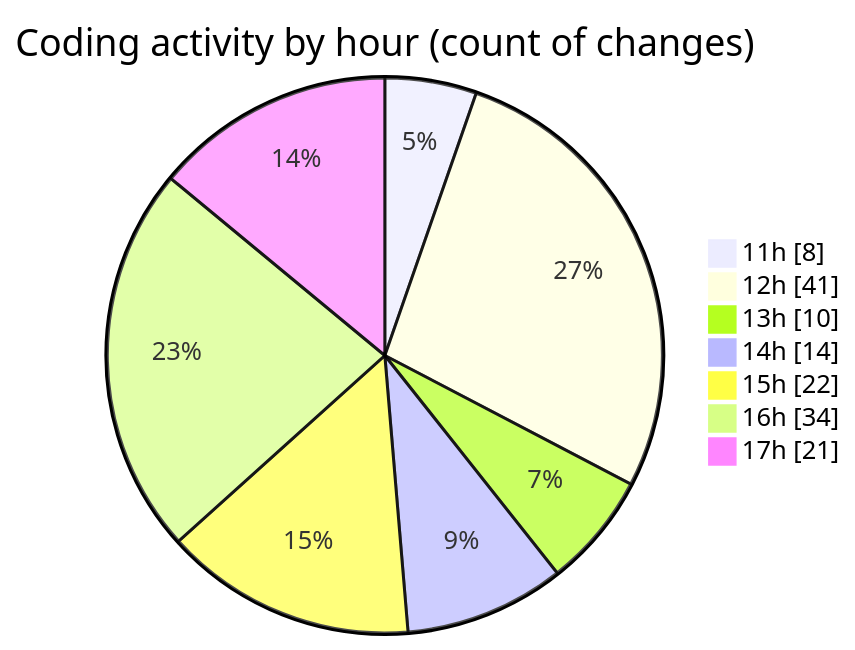
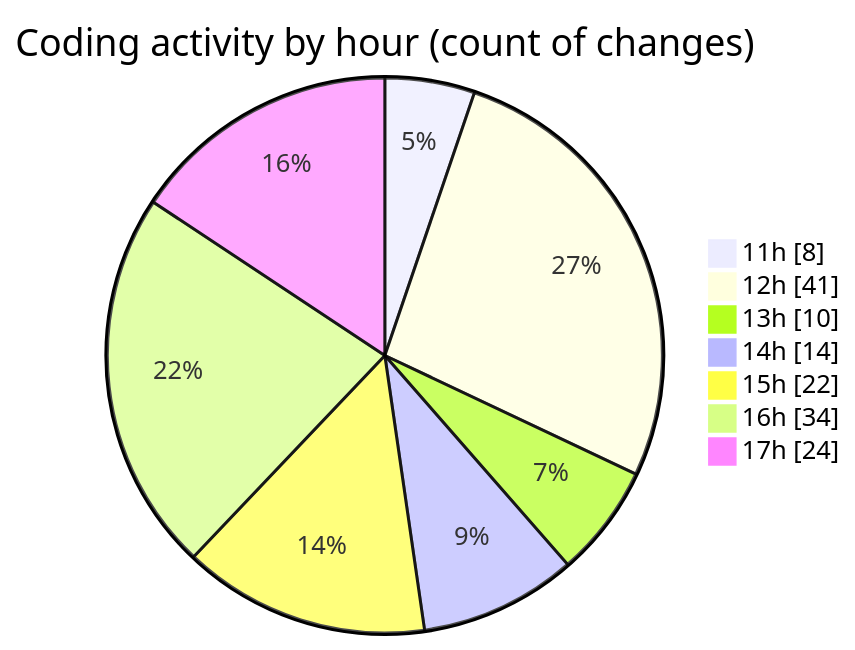
Before and after one commit to BS-eng2023/code-tracking: the second of 2 diagrams in 2025-05-04/project/README.md, drawn with Mermaid. The commit also changed other lines of this file and 1 other file, not shown here.

````diff
--- a/2025-05-04/project/README.md
+++ b/2025-05-04/project/README.md
@@ -54,11 +54,11 @@
 ```mermaid
 pie showData
 title Coding activity by hour (count of changes)
 "11h" : 8
 "12h" : 41
 "13h" : 10
 "14h" : 14
 "15h" : 22
 "16h" : 34
-"17h" : 21
+"17h" : 24
 ```
````
